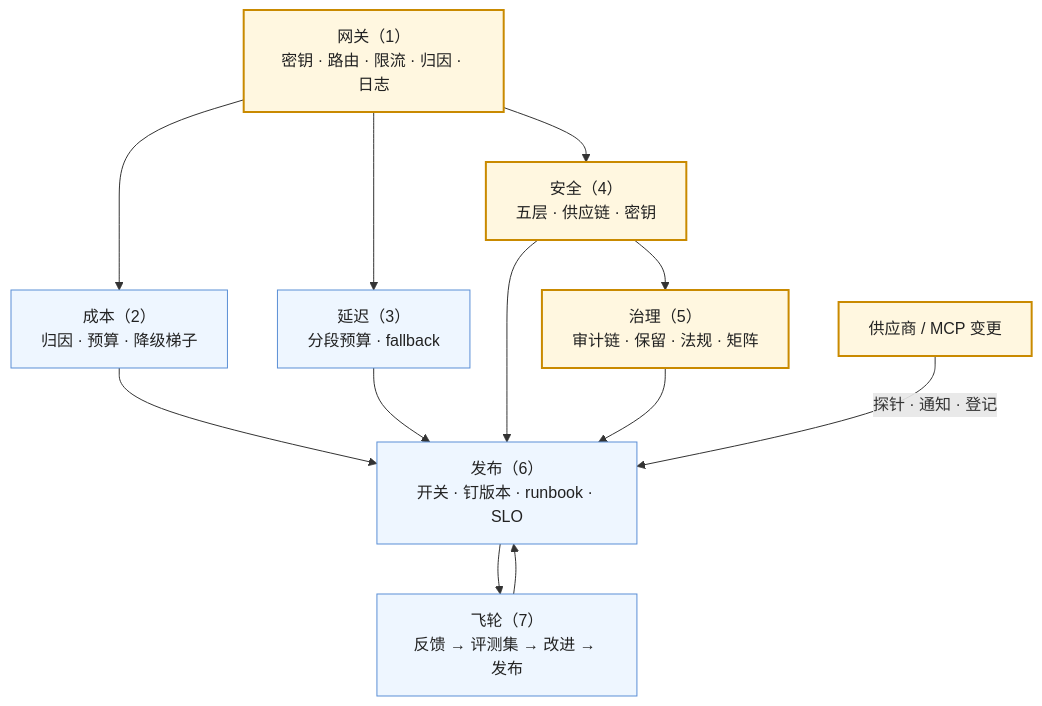
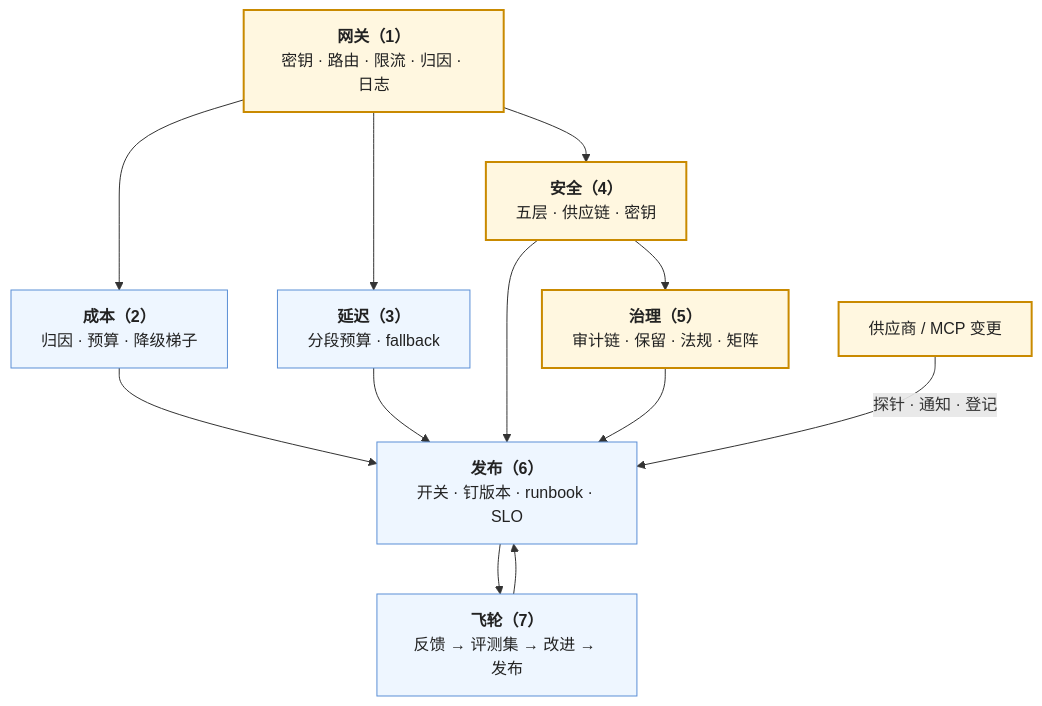
The fourth of 4 diagrams in _posts/2026-11-14-production-and-operations-series-recap-and-self-test.md (arganzheng/arganzheng.github.com), drawn with Mermaid before and after one commit. The commit also changed other lines of this file and 7 other files, not shown here.

First line of the commit message:
生产化与运营：让 AI 应用可靠、可控、可持续地跑：Mermaid 多行方框的首行标为标题（8 篇）

````diff
--- a/_posts/2026-11-14-production-and-operations-series-recap-and-self-test.md
+++ b/_posts/2026-11-14-production-and-operations-series-recap-and-self-test.md
@@ -164,20 +164,20 @@
 ```mermaid
 %% 图：生产与运营七篇的关系：网关是入口，成本、延迟、安全、治理都汇到发布，飞轮回流到发布，供应商与 MCP 变更也是发布
 flowchart TB
-    GW["网关（1）<br/>密钥 · 路由 · 限流 · 归因 · 日志"] --> COST["成本（2）<br/>归因 · 预算 · 降级梯子"]
-    GW --> LAT["延迟（3）<br/>分段预算 · fallback"]
-    GW --> SEC["安全（4）<br/>五层 · 供应链 · 密钥"]
-    SEC --> GOV["治理（5）<br/>审计链 · 保留 · 法规 · 矩阵"]
-    COST --> REL["发布（6）<br/>开关 · 钉版本 · runbook · SLO"]
+    GW["<b>网关（1）</b><br/>密钥 · 路由 · 限流 · 归因 · 日志"] --> COST["<b>成本（2）</b><br/>归因 · 预算 · 降级梯子"]
+    GW --> LAT["<b>延迟（3）</b><br/>分段预算 · fallback"]
+    GW --> SEC["<b>安全（4）</b><br/>五层 · 供应链 · 密钥"]
+    SEC --> GOV["<b>治理（5）</b><br/>审计链 · 保留 · 法规 · 矩阵"]
+    COST --> REL["<b>发布（6）</b><br/>开关 · 钉版本 · runbook · SLO"]
     LAT --> REL
     SEC --> REL
     GOV --> REL
-    REL --> FW["飞轮（7）<br/>反馈 → 评测集 → 改进 → 发布"]
+    REL --> FW["<b>飞轮（7）</b><br/>反馈 → 评测集 → 改进 → 发布"]
     FW --> REL
     DEP["供应商 / MCP 变更"] -->|"探针 · 通知 · 登记"| REL
 
     classDef q fill:#fff7e0,stroke:#c98a00,stroke-width:2px,color:#222
     classDef r fill:#eef6ff,stroke:#5b8fd6,color:#222
     class GW,SEC,GOV,DEP q
     class COST,LAT,REL,FW r
 ```
````
